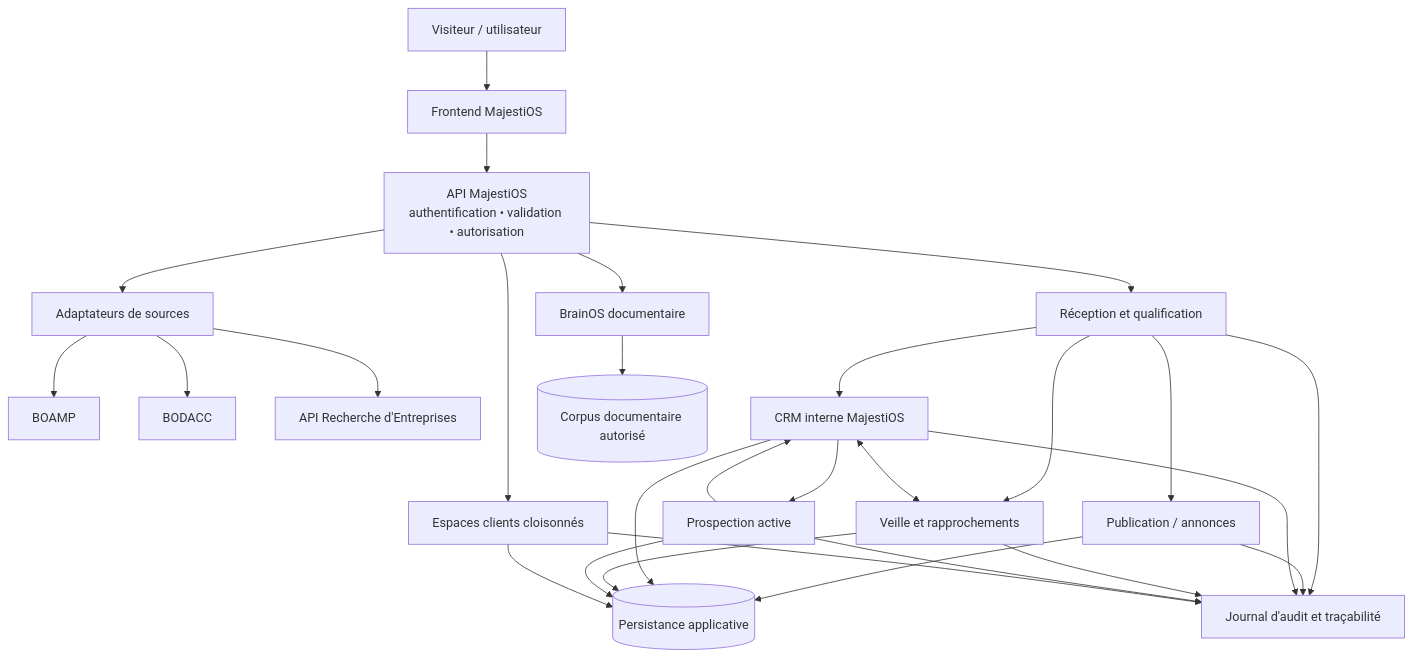
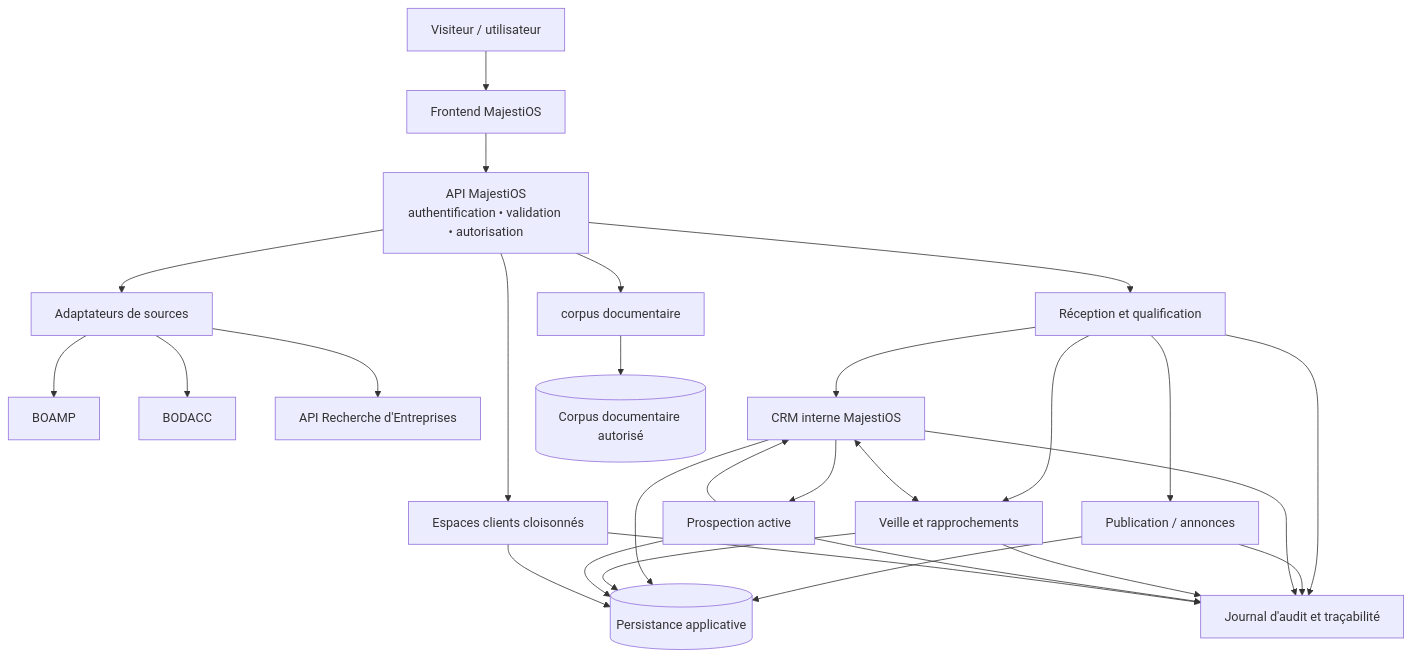
One commit to Chexpeer/Majestios changed the first of 7 diagrams in docs/evolution-3.0/ARCHITECTURE-API-CIBLE.md. Above: the diagram before and after it, drawn with Mermaid. The commit also changed other lines of this file and 30 other files, not shown here.

````diff
--- a/docs/evolution-3.0/ARCHITECTURE-API-CIBLE.md
+++ b/docs/evolution-3.0/ARCHITECTURE-API-CIBLE.md
@@ -28,47 +28,47 @@
 ```mermaid
 flowchart TB
     VIS[Visiteur / utilisateur]
     UI[Frontend MajestiOS]
     GATEWAY[API MajestiOS<br/>authentification • validation • autorisation]
     SOURCES[Adaptateurs de sources]
     BOAMP[BOAMP]
     BODACC[BODACC]
     RE[API Recherche d'Entreprises]
     INTAKE[Réception et qualification]
     PUB[Publication / annonces]
     CRM[CRM interne MajestiOS]
     WATCH[Veille et rapprochements]
     PROS[Prospection active]
     TENANT[Espaces clients cloisonnés]
-    BRAIN[BrainOS documentaire]
+    KNOWLEDGE[corpus documentaire]
     AUDIT[Journal d'audit et traçabilité]
     DB[(Persistance applicative)]
     DOCS[(Corpus documentaire autorisé)]
 
     VIS --> UI --> GATEWAY
     GATEWAY --> SOURCES
     SOURCES --> BOAMP
     SOURCES --> BODACC
     SOURCES --> RE
     GATEWAY --> INTAKE
     INTAKE --> PUB
     INTAKE --> CRM
     INTAKE --> WATCH
     CRM <--> WATCH
     CRM --> PROS
     PROS --> CRM
     GATEWAY --> TENANT
-    GATEWAY --> BRAIN
-    BRAIN --> DOCS
+    GATEWAY --> KNOWLEDGE
+    KNOWLEDGE --> DOCS
     PUB --> DB
     CRM --> DB
     WATCH --> DB
     PROS --> DB
     TENANT --> DB
     INTAKE --> AUDIT
     PUB --> AUDIT
     CRM --> AUDIT
     WATCH --> AUDIT
     PROS --> AUDIT
     TENANT --> AUDIT
 ```
````
